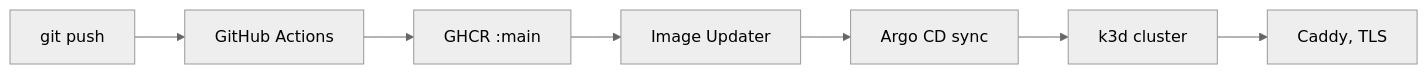
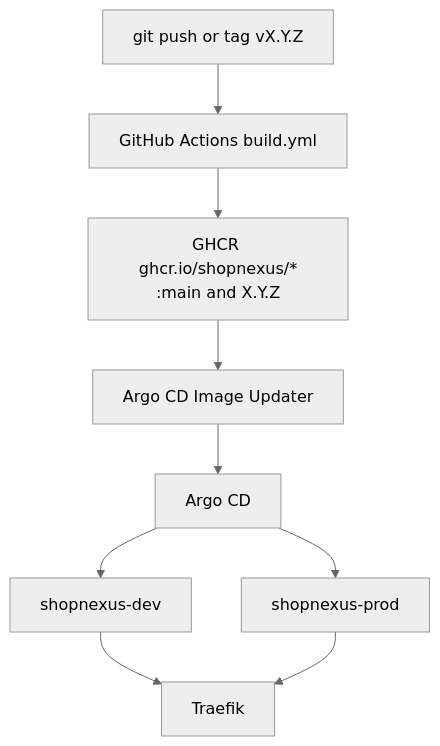
The diagram in web/src/content/docs/en/operations/index.mdx (shopnexus/docs), drawn with Mermaid (neutral theme) before and after one commit. The commit also changed other lines of this file and 17 other files, not shown here.

First line of the commit message:
docs(web): the Cluster section, how the dev and prod stacks are built and run

````diff
--- a/web/src/content/docs/en/operations/index.mdx
+++ b/web/src/content/docs/en/operations/index.mdx
@@ -20,9 +27,11 @@
 ```mermaid title="From a push to a running pod"
-flowchart LR
-  push[git push] --> ci[GitHub Actions]
-  ci --> ghcr[GHCR :main]
-  ghcr --> iu[Image Updater]
-  iu --> argo[Argo CD sync]
-  argo --> k3d[k3d cluster]
-  k3d --> caddy[Caddy, TLS]
+flowchart TB
+  push[git push or tag vX.Y.Z] --> ci[GitHub Actions build.yml]
+  ci --> ghcr["GHCR ghcr.io/shopnexus/*<br/>:main and X.Y.Z"]
+  ghcr --> iu[Argo CD Image Updater]
+  iu --> argo[Argo CD]
+  argo --> devns[shopnexus-dev]
+  argo --> prodns[shopnexus-prod]
+  devns --> traefik[Traefik]
+  prodns --> traefik
 ```
````
